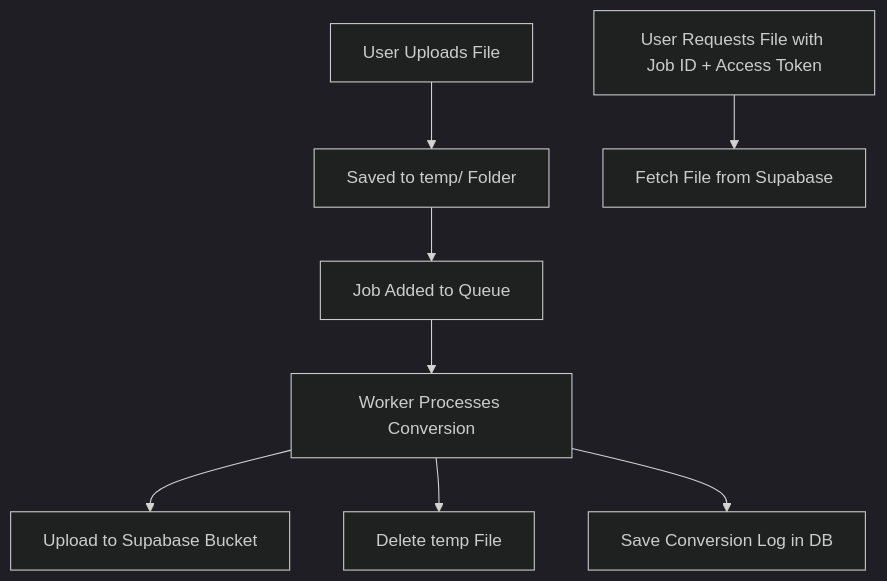
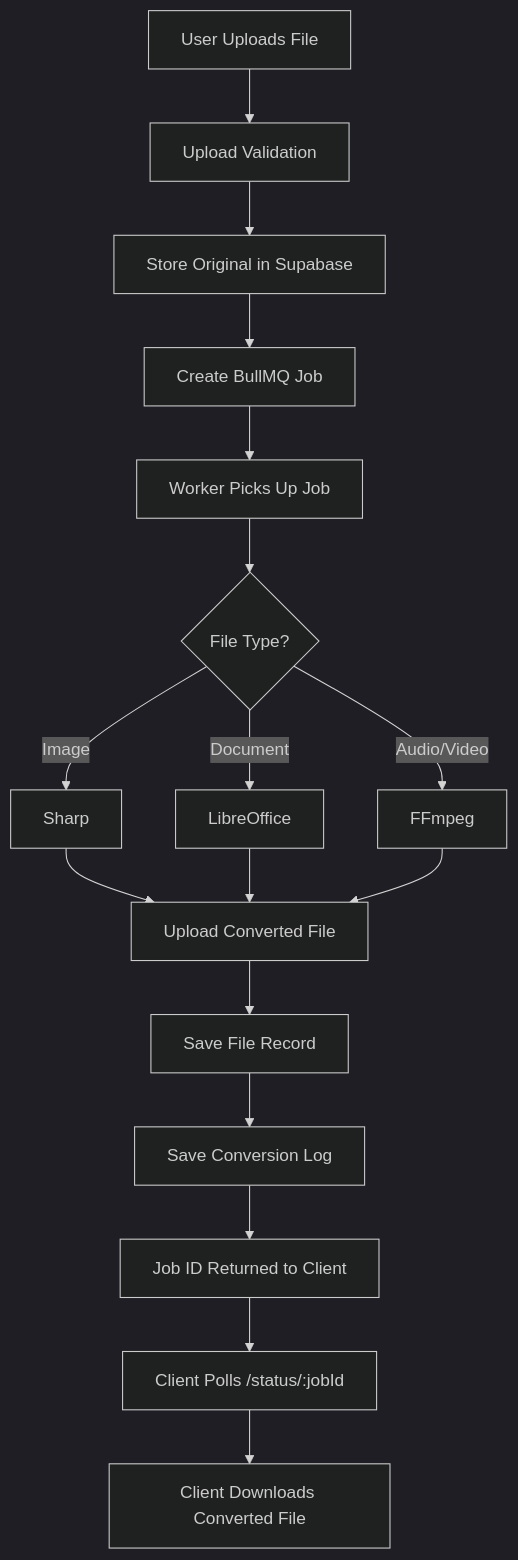
Before and after one commit to Pushpak003/SmokeByte: the diagram in README.md, drawn with Mermaid (dark theme). The commit also changed other lines of this file, not shown here.

````diff
--- a/README.md
+++ b/README.md
@@ -57,13 +123,22 @@
 ```mermaid
 flowchart TD
-    A[User Uploads File] --> B[Saved to temp/ Folder]
-    B --> C[Job Added to Queue]
-    C --> D[Worker Processes Conversion]
-    D --> E[Upload to Supabase Bucket]
-    D --> F[Delete temp File]
-    D --> G[Save Conversion Log in DB]
-    H[User Requests File with Job ID + Access Token] --> I[Fetch File from Supabase]
+    A[User Uploads File] --> B[Upload Validation]
+    B --> C[Store Original in Supabase]
+    C --> D[Create BullMQ Job]
+    D --> E[Worker Picks Up Job]
+    E --> F{File Type?}
 
+    F -->|Image| G[Sharp]
+    F -->|Document| H[LibreOffice]
+    F -->|Audio/Video| I[FFmpeg]
 
+    G --> J[Upload Converted File]
+    H --> J
+    I --> J
 
+    J --> K[Save File Record]
+    K --> L[Save Conversion Log]
+    L --> M[Job ID Returned to Client]
+    M --> N[Client Polls /status/:jobId]
+    N --> O[Client Downloads Converted File]
 ```
````
